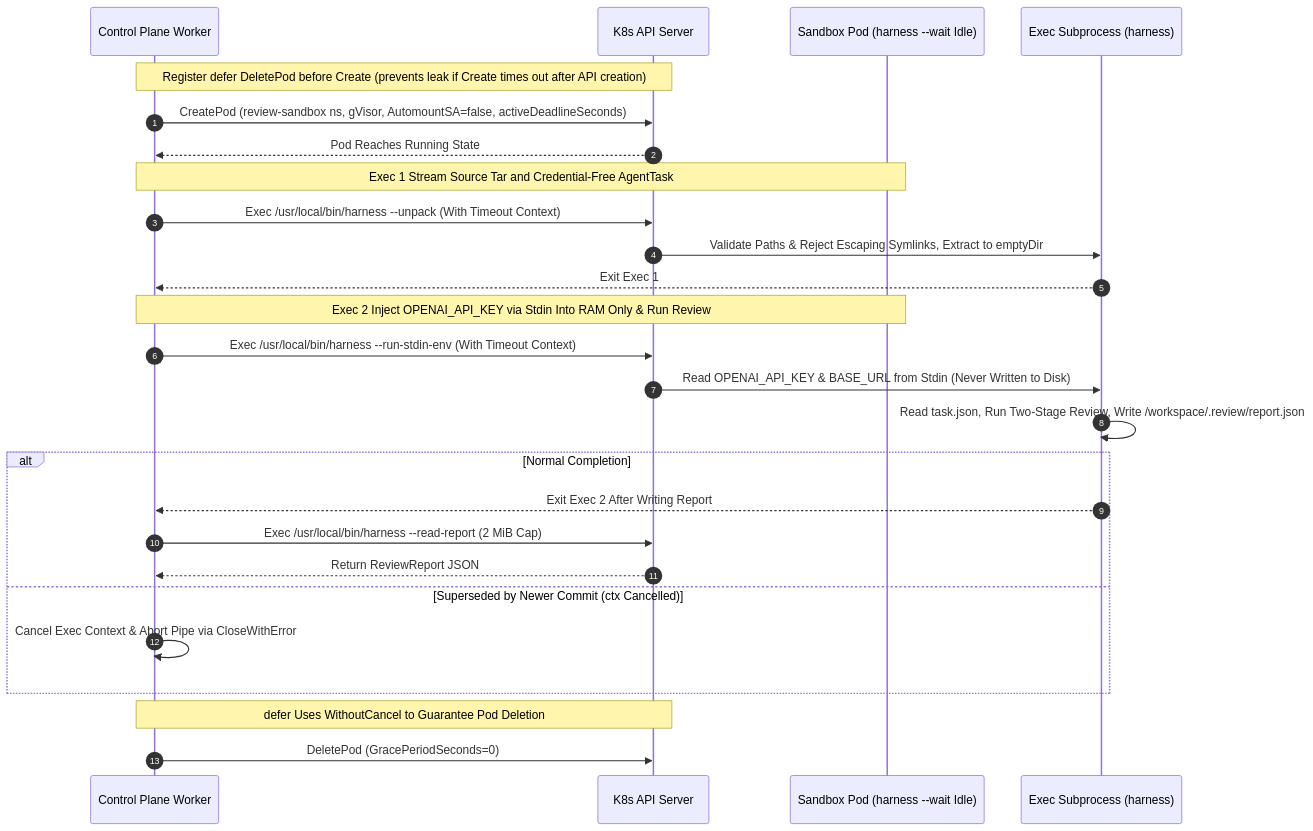
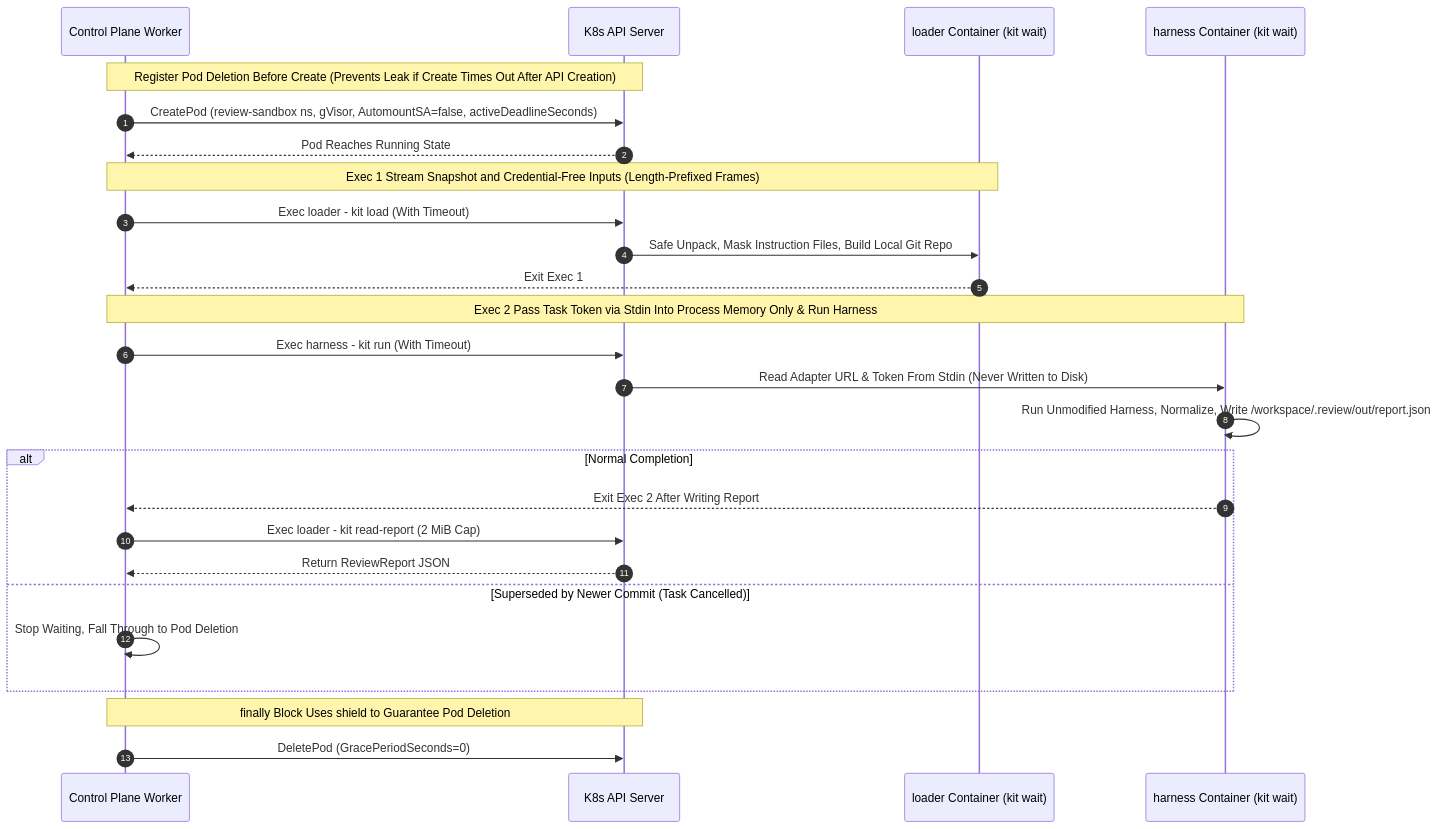
Before and after one commit to zetxqx/review-agent-infra: the third of 7 diagrams in docs/design/implementation-plan.md, drawn with Mermaid. The commit also changed other lines of this file and 7 other files, not shown here.

Commit message:
Redesign the platform as a Python stack with pluggable adapters around existing agent harnesses and a streaming inference adapter.

````diff
--- a/docs/design/implementation-plan.md
+++ b/docs/design/implementation-plan.md
@@ -679,32 +912,32 @@
 ```mermaid
 sequenceDiagram
     autonumber
     participant Worker as Control Plane Worker
     participant K8s as K8s API Server
-    participant Pod as Sandbox Pod (harness --wait Idle)
-    participant Harn as Exec Subprocess (harness)
+    participant Loader as loader Container (kit wait)
+    participant Harn as harness Container (kit wait)
 
-    Note over Worker,K8s: Register defer DeletePod before Create (prevents leak if Create times out after API creation)
+    Note over Worker,K8s: Register Pod Deletion Before Create (Prevents Leak if Create Times Out After API Creation)
     Worker->>K8s: CreatePod (review-sandbox ns, gVisor, AutomountSA=false, activeDeadlineSeconds)
     K8s-->>Worker: Pod Reaches Running State
 
-    Note over Worker,Pod: Exec 1 Stream Source Tar and Credential-Free AgentTask
-    Worker->>K8s: Exec /usr/local/bin/harness --unpack (With Timeout Context)
-    K8s->>Harn: Validate Paths & Reject Escaping Symlinks, Extract to emptyDir
-    Harn-->>Worker: Exit Exec 1
+    Note over Worker,Loader: Exec 1 Stream Snapshot and Credential-Free Inputs (Length-Prefixed Frames)
+    Worker->>K8s: Exec loader - kit load (With Timeout)
+    K8s->>Loader: Safe Unpack, Mask Instruction Files, Build Local Git Repo
+    Loader-->>Worker: Exit Exec 1
 
-    Note over Worker,Pod: Exec 2 Inject OPENAI_API_KEY via Stdin Into RAM Only & Run Review
-    Worker->>K8s: Exec /usr/local/bin/harness --run-stdin-env (With Timeout Context)
-    K8s->>Harn: Read OPENAI_API_KEY & BASE_URL from Stdin (Never Written to Disk)
-    Harn->>Harn: Read task.json, Run Two-Stage Review, Write /workspace/.review/report.json
+    Note over Worker,Harn: Exec 2 Pass Task Token via Stdin Into Process Memory Only & Run Harness
+    Worker->>K8s: Exec harness - kit run (With Timeout)
+    K8s->>Harn: Read Adapter URL & Token From Stdin (Never Written to Disk)
+    Harn->>Harn: Run Unmodified Harness, Normalize, Write /workspace/.review/out/report.json
     alt Normal Completion
         Harn-->>Worker: Exit Exec 2 After Writing Report
-        Worker->>K8s: Exec /usr/local/bin/harness --read-report (2 MiB Cap)
+        Worker->>K8s: Exec loader - kit read-report (2 MiB Cap)
         K8s-->>Worker: Return ReviewReport JSON
-    else Superseded by Newer Commit (ctx Cancelled)
-        Worker->>Worker: Cancel Exec Context & Abort Pipe via CloseWithError
+    else Superseded by Newer Commit (Task Cancelled)
+        Worker->>Worker: Stop Waiting, Fall Through to Pod Deletion
     end
 
-    Note over Worker,K8s: defer Uses WithoutCancel to Guarantee Pod Deletion
+    Note over Worker,K8s: finally Block Uses shield to Guarantee Pod Deletion
     Worker->>K8s: DeletePod (GracePeriodSeconds=0)
 ```
````
